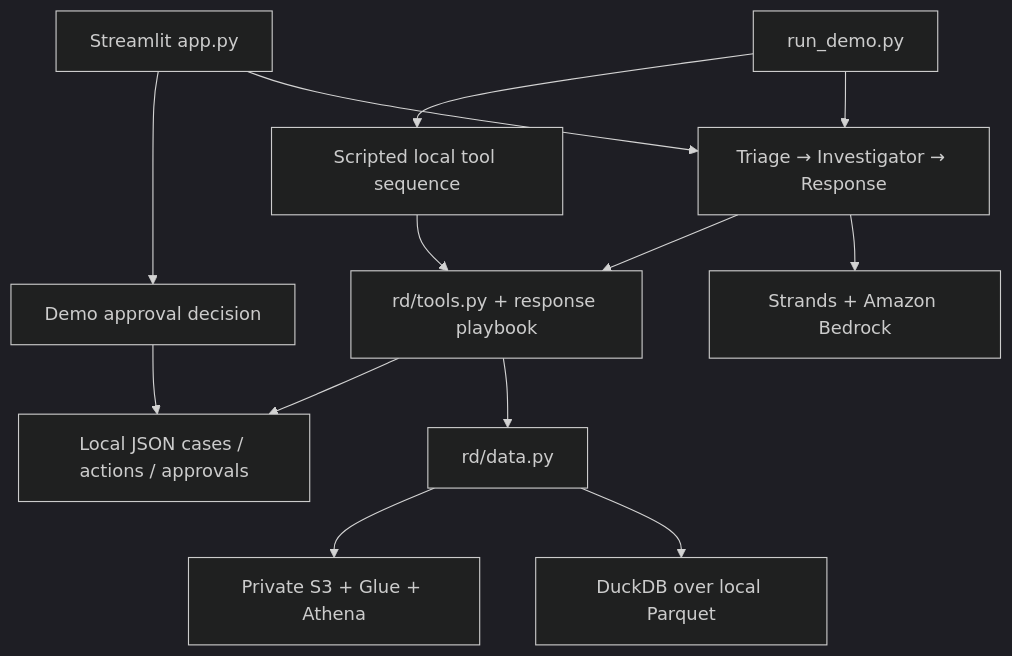
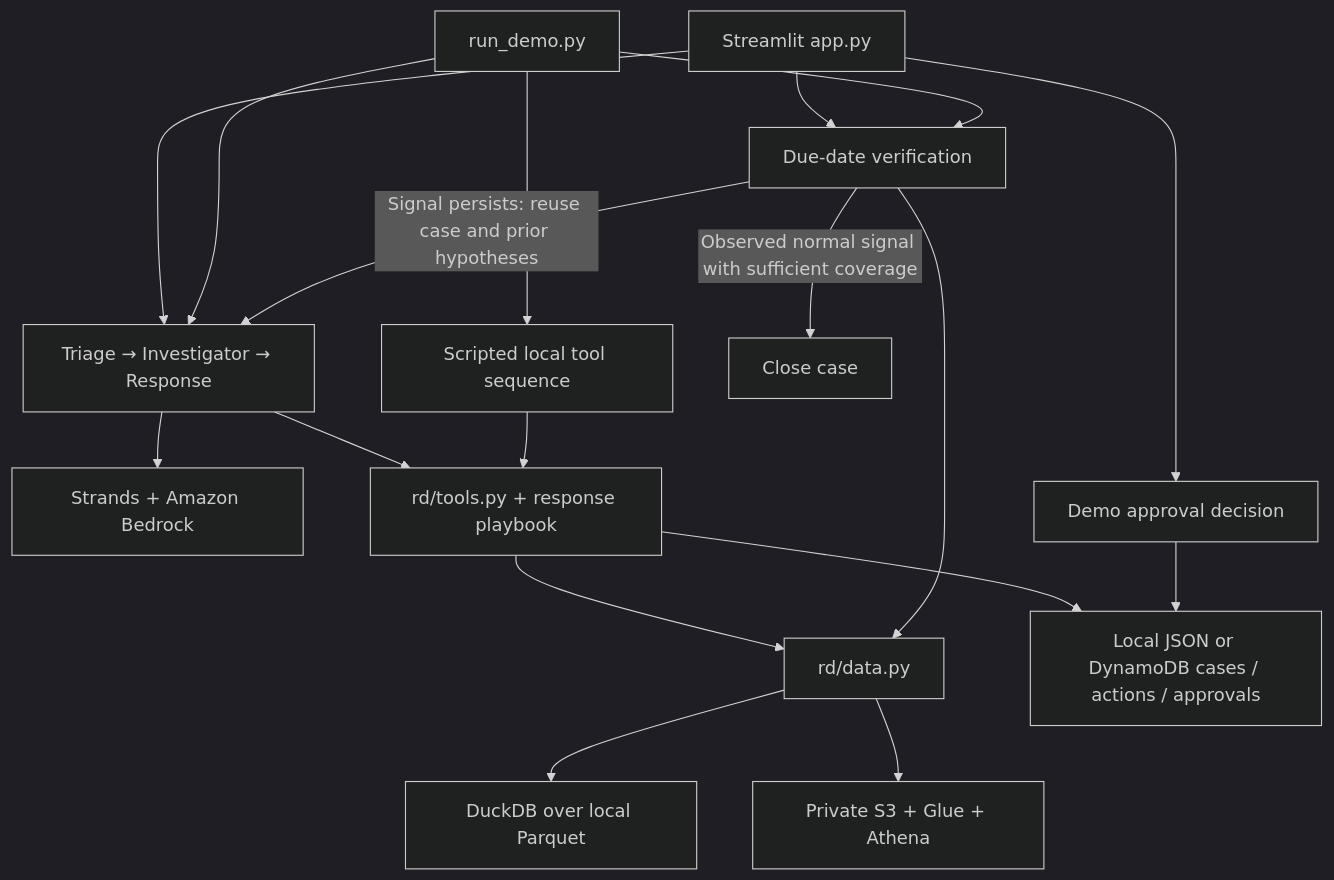
Before and after one commit to yszgit/return-detective: the diagram in docs/ARCHITECTURE.md, drawn with Mermaid (dark theme). The commit also changed other lines of this file and 26 other files, not shown here.

First line of the commit message:
Complete case verification loop and add agent evaluation

````diff
--- a/docs/ARCHITECTURE.md
+++ b/docs/ARCHITECTURE.md
@@ -3,15 +3,20 @@
 ```mermaid
 flowchart TD
     UI[Streamlit app.py] --> Pipeline[Triage → Investigator → Response]
     CLI[run_demo.py] --> Pipeline
     CLI --> Scripted[Scripted local tool sequence]
     Pipeline --> Model[Strands + Amazon Bedrock]
     Pipeline --> Tools[rd/tools.py + response playbook]
     Scripted --> Tools
     Tools --> Data[rd/data.py]
     Data --> Local[DuckDB over local Parquet]
     Data --> AWS[Private S3 + Glue + Athena]
-    Tools --> Store[Local JSON cases / actions / approvals]
+    Tools --> Store[Local JSON or DynamoDB cases / actions / approvals]
     UI --> Human[Demo approval decision]
     Human --> Store
+    UI --> Verify[Due-date verification]
+    CLI --> Verify
+    Verify --> Data
+    Verify -->|Signal persists: reuse case and prior hypotheses| Pipeline
+    Verify -->|Observed normal signal with sufficient coverage| Closed[Close case]
 ```
````
